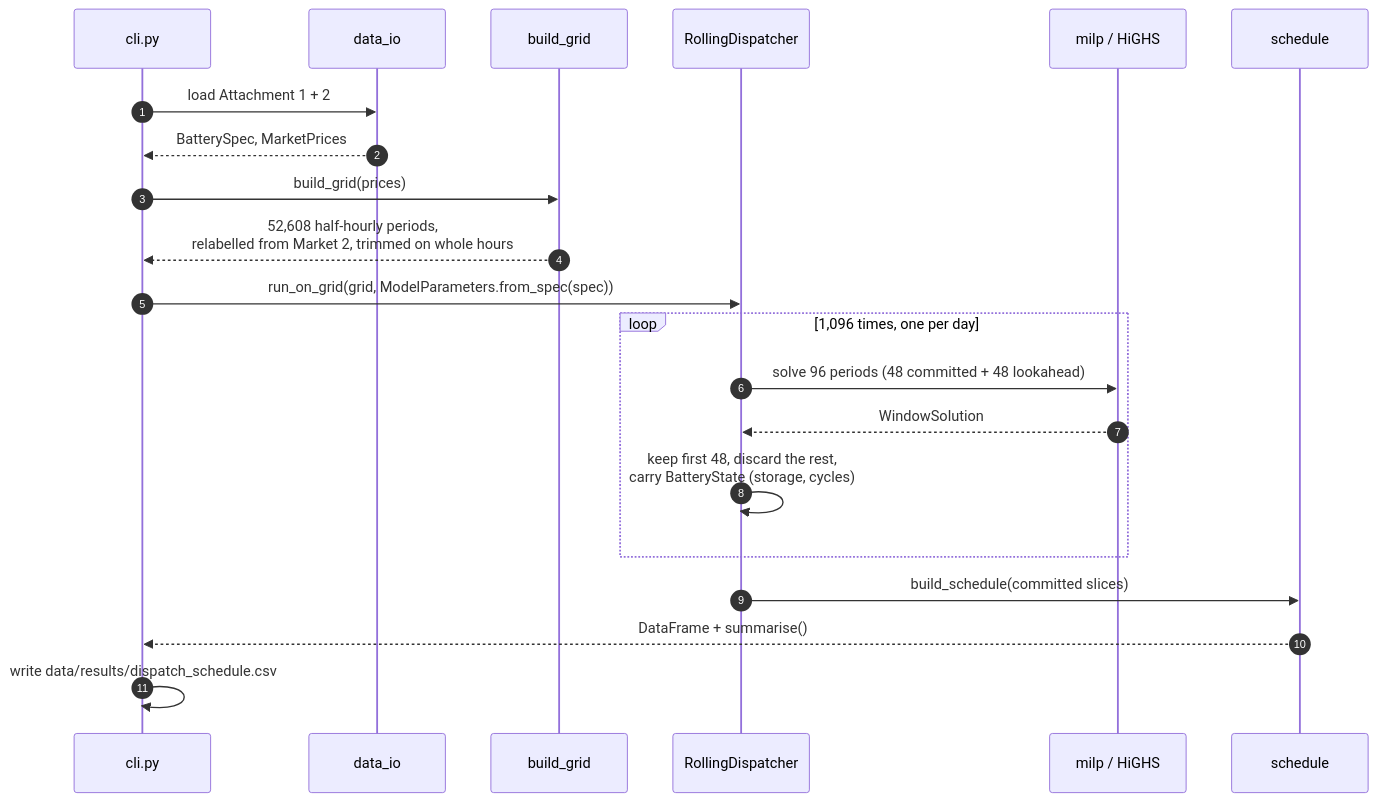
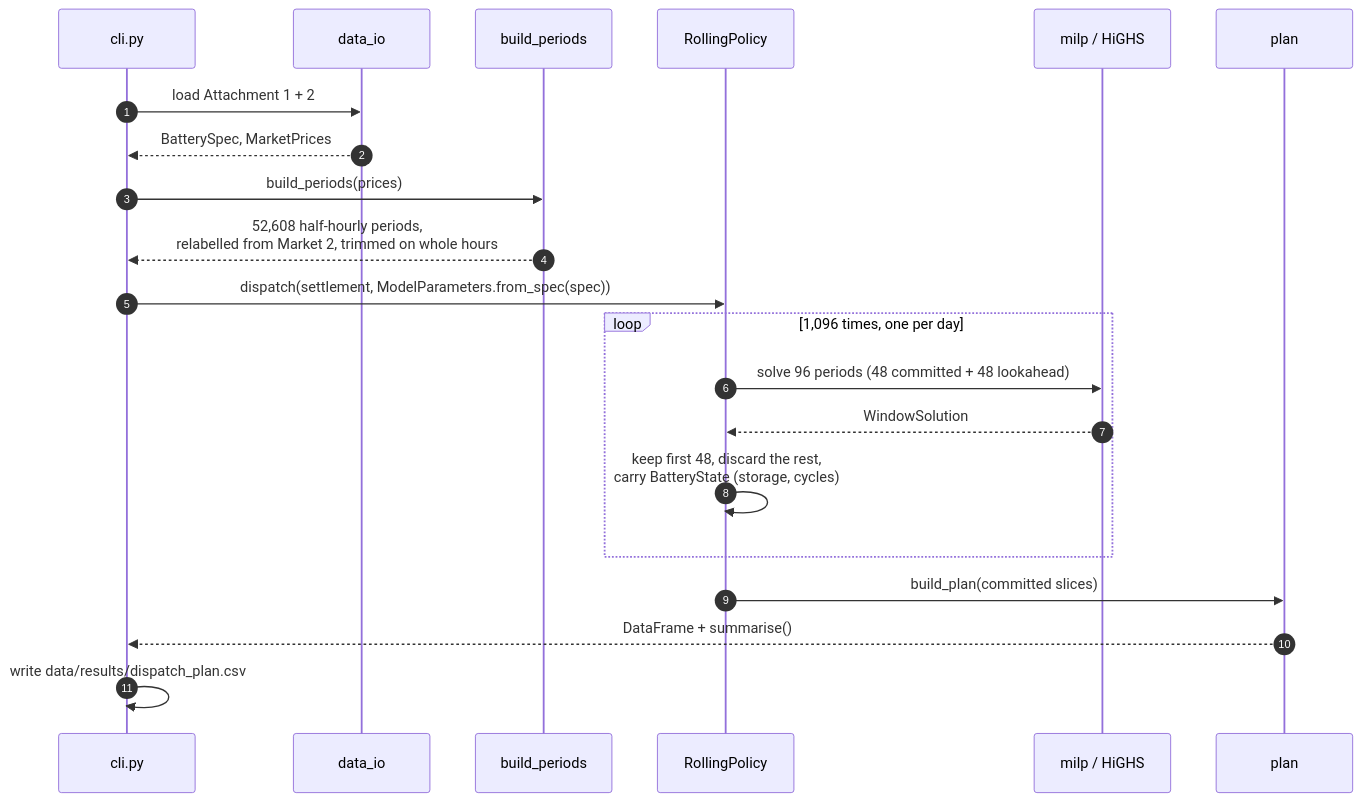
One commit to GuilhermePFM/BatteryCase changed the third of 3 diagrams in docs/solve.md. Above: the diagram before and after it, drawn with Mermaid. The commit also changed other lines of this file and 45 other files, not shown here.

````diff
--- a/docs/solve.md
+++ b/docs/solve.md
@@ -81,24 +82,24 @@
 ```mermaid
 sequenceDiagram
     autonumber
     participant CLI as cli.py
     participant IO as data_io
-    participant G as build_grid
-    participant R as RollingDispatcher
+    participant G as build_periods
+    participant R as RollingPolicy
     participant M as milp / HiGHS
-    participant S as schedule
+    participant S as plan
 
     CLI->>IO: load Attachment 1 + 2
     IO-->>CLI: BatterySpec, MarketPrices
-    CLI->>G: build_grid(prices)
+    CLI->>G: build_periods(prices)
     G-->>CLI: 52,608 half-hourly periods,<br/>relabelled from Market 2, trimmed on whole hours
-    CLI->>R: run_on_grid(grid, ModelParameters.from_spec(spec))
+    CLI->>R: dispatch(settlement, ModelParameters.from_spec(spec))
     loop 1,096 times, one per day
         R->>M: solve 96 periods (48 committed + 48 lookahead)
         M-->>R: WindowSolution
         R->>R: keep first 48, discard the rest,<br/>carry BatteryState (storage, cycles)
     end
-    R->>S: build_schedule(committed slices)
+    R->>S: build_plan(committed slices)
     S-->>CLI: DataFrame + summarise()
-    CLI->>CLI: write data/results/dispatch_schedule.csv
+    CLI->>CLI: write data/results/dispatch_plan.csv
 ```
````
